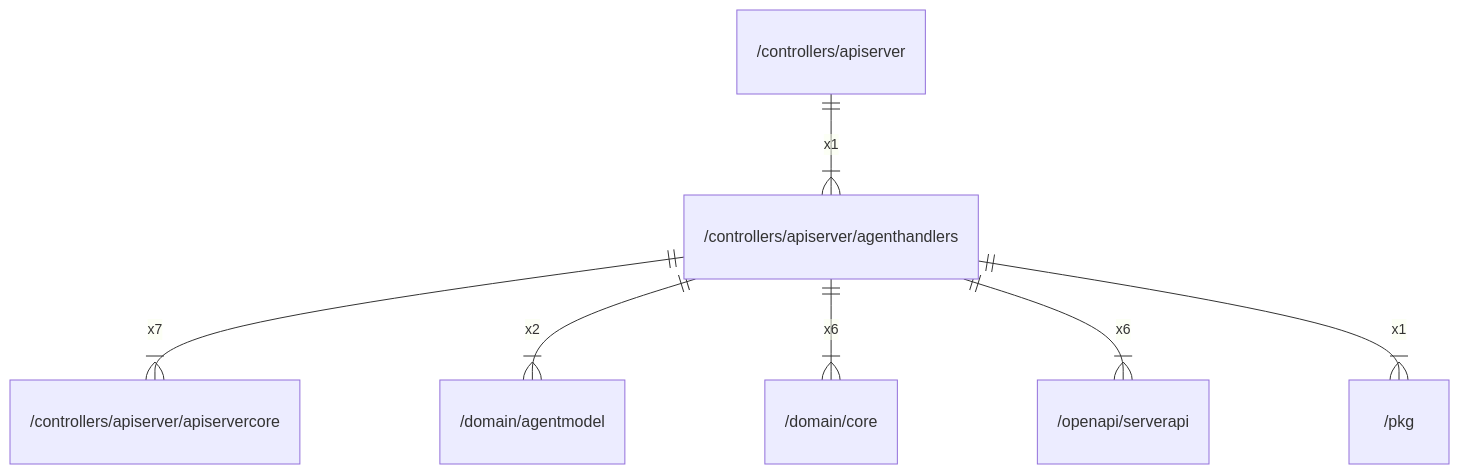
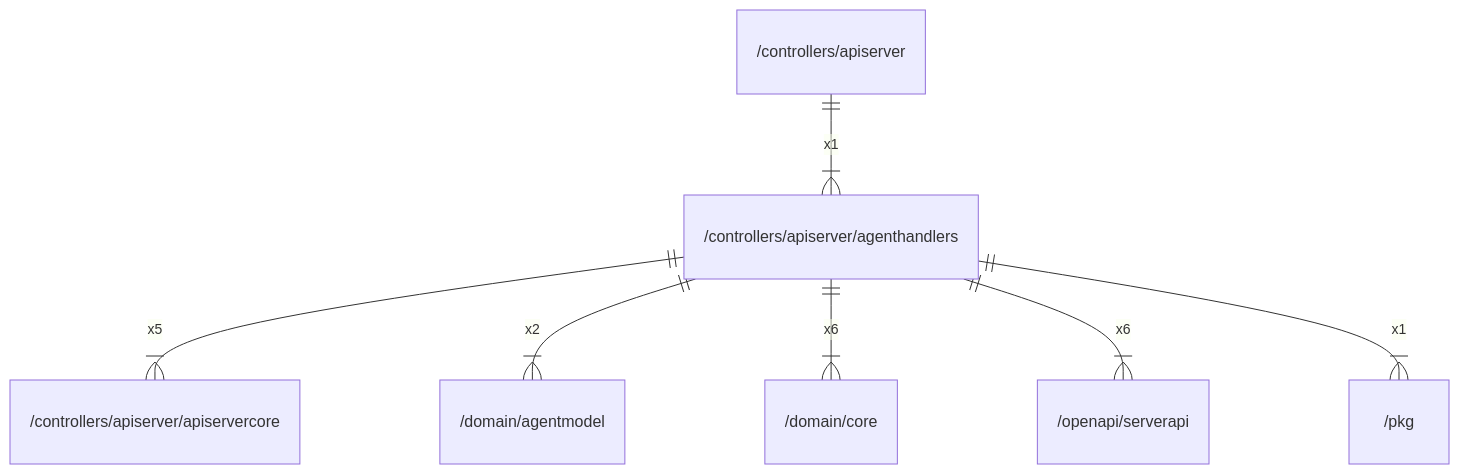
One commit to gbh007/hgraber-next changed the diagram in docs/arch/controllers/apiserver/agenthandlers.md. Above: the diagram before and after it, drawn with Mermaid. The commit also changed other lines of this file and 98 other files, not shown here.

````diff
--- a/docs/arch/controllers/apiserver/agenthandlers.md
+++ b/docs/arch/controllers/apiserver/agenthandlers.md
@@ -26,9 +39,9 @@
 ```mermaid
 erDiagram
     "/controllers/apiserver" ||--|{ "/controllers/apiserver/agenthandlers" : x1
-    "/controllers/apiserver/agenthandlers" ||--|{ "/controllers/apiserver/apiservercore" : x7
+    "/controllers/apiserver/agenthandlers" ||--|{ "/controllers/apiserver/apiservercore" : x5
     "/controllers/apiserver/agenthandlers" ||--|{ "/domain/agentmodel" : x2
     "/controllers/apiserver/agenthandlers" ||--|{ "/domain/core" : x6
     "/controllers/apiserver/agenthandlers" ||--|{ "/openapi/serverapi" : x6
     "/controllers/apiserver/agenthandlers" ||--|{ "/pkg" : x1
 ```
````
